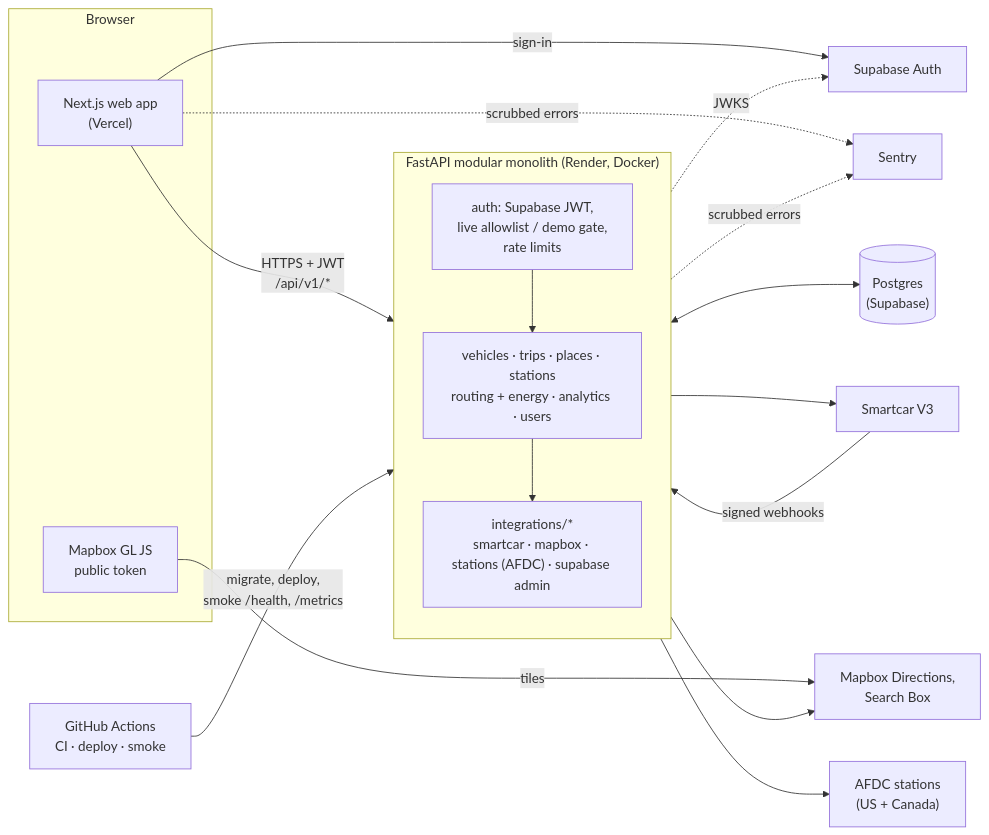
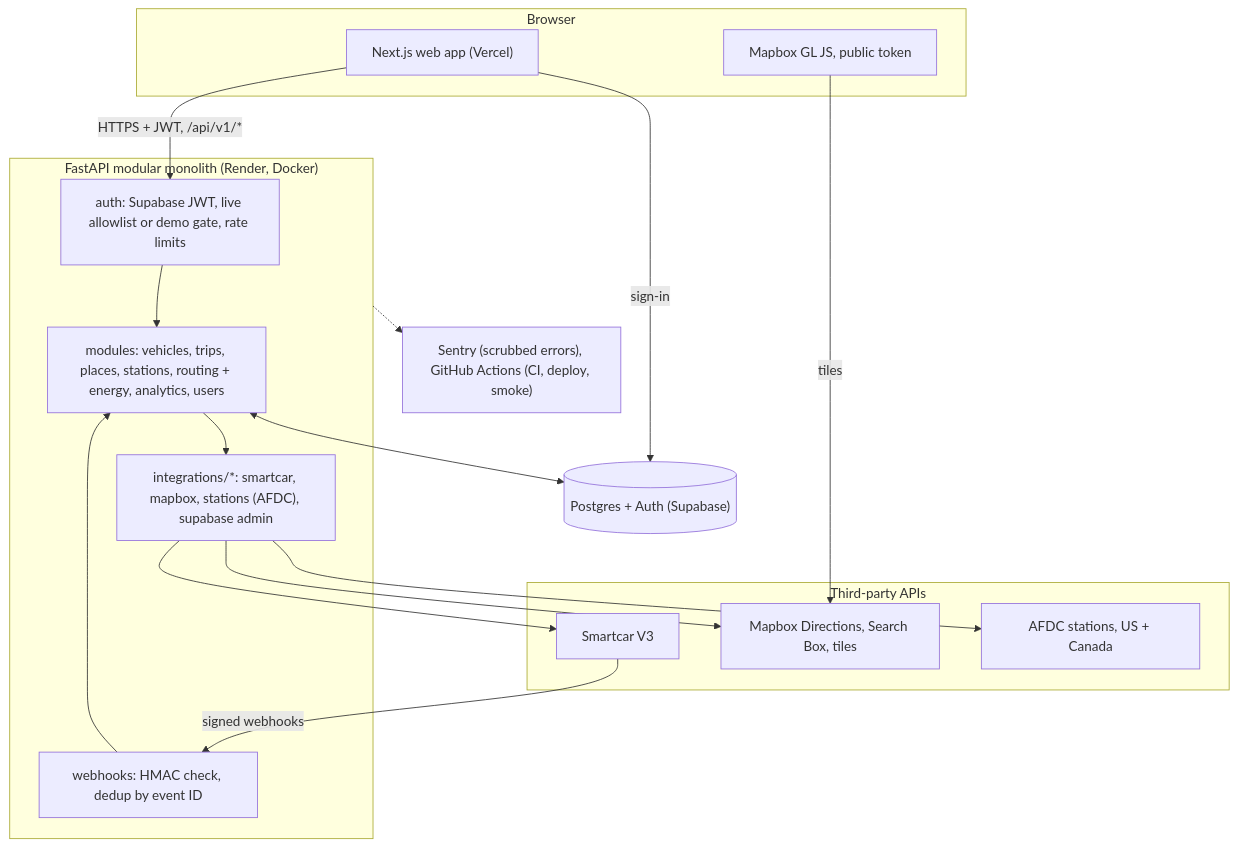
One commit to ayush-regmi/ChargeWaze changed the diagram in README.md. Above: the diagram before and after it, drawn with Mermaid.

Commit message:
docs(readme): top-down architecture diagram that reads at GitHub width

````diff
--- a/README.md
+++ b/README.md
@@ -30,36 +30,36 @@
 ```mermaid
-flowchart LR
-    subgraph Browser
-        Web["Next.js web app<br/>(Vercel)"]
-        GL["Mapbox GL JS<br/>public token"]
+flowchart TB
+    subgraph Browser["Browser"]
+        Web["Next.js web app (Vercel)"]
+        GL["Mapbox GL JS, public token"]
     end
 
     subgraph API["FastAPI modular monolith (Render, Docker)"]
-        direction TB
-        Gate["auth: Supabase JWT,<br/>live allowlist / demo gate,<br/>rate limits"]
-        Mods["vehicles · trips · places · stations<br/>routing + energy · analytics · users"]
-        Adapters["integrations/*<br/>smartcar · mapbox · stations (AFDC) · supabase admin"]
-        Gate --> Mods --> Adapters
+        Gate["auth: Supabase JWT, live allowlist or demo gate, rate limits"]
+        Hook["webhooks: HMAC check, dedup by event ID"]
+        Mods["modules: vehicles, trips, places, stations, routing + energy, analytics, users"]
+        Adapters["integrations/*: smartcar, mapbox, stations (AFDC), supabase admin"]
+        Gate --> Mods
+        Hook --> Mods
+        Mods --> Adapters
     end
 
-    DB[("Postgres<br/>(Supabase)")]
-    SupaAuth["Supabase Auth"]
-    Smartcar["Smartcar V3"]
-    Mapbox["Mapbox Directions,<br/>Search Box"]
-    AFDC["AFDC stations<br/>(US + Canada)"]
-    Sentry["Sentry"]
-    GHA["GitHub Actions<br/>CI · deploy · smoke"]
+    subgraph Providers["Third-party APIs"]
+        Smartcar["Smartcar V3"]
+        Mapbox["Mapbox Directions, Search Box, tiles"]
+        AFDC["AFDC stations, US + Canada"]
+    end
 
-    Web -->|"HTTPS + JWT<br/>/api/v1/*"| Gate
-    Web -->|sign-in| SupaAuth
+    DB[("Postgres + Auth (Supabase)")]
+    Ops["Sentry (scrubbed errors), GitHub Actions (CI, deploy, smoke)"]
+
+    Web -->|"HTTPS + JWT, /api/v1/*"| Gate
+    Web -->|sign-in| DB
     GL -->|tiles| Mapbox
-    Gate -.->|JWKS| SupaAuth
     Mods <--> DB
     Adapters --> Smartcar
     Adapters --> Mapbox
     Adapters --> AFDC
-    Smartcar -->|"signed webhooks"| API
-    API -.->|scrubbed errors| Sentry
-    Web -.->|scrubbed errors| Sentry
-    GHA -->|"migrate, deploy,<br/>smoke /health, /metrics"| API
+    Smartcar -->|signed webhooks| Hook
+    API -.-> Ops
 ```
````
